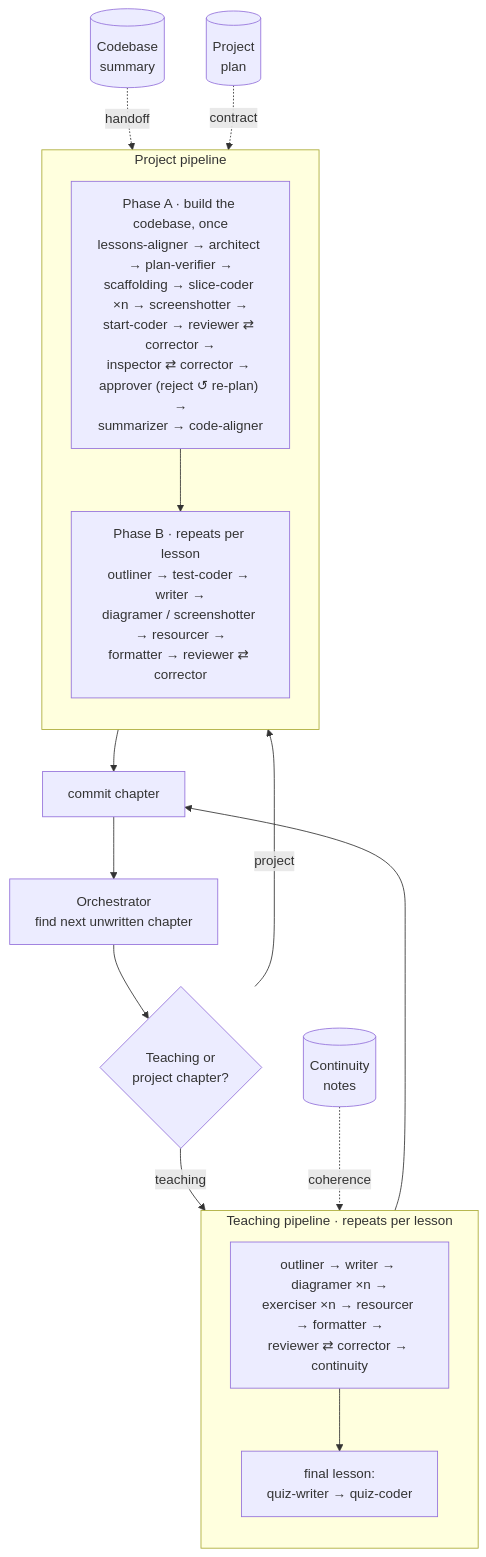
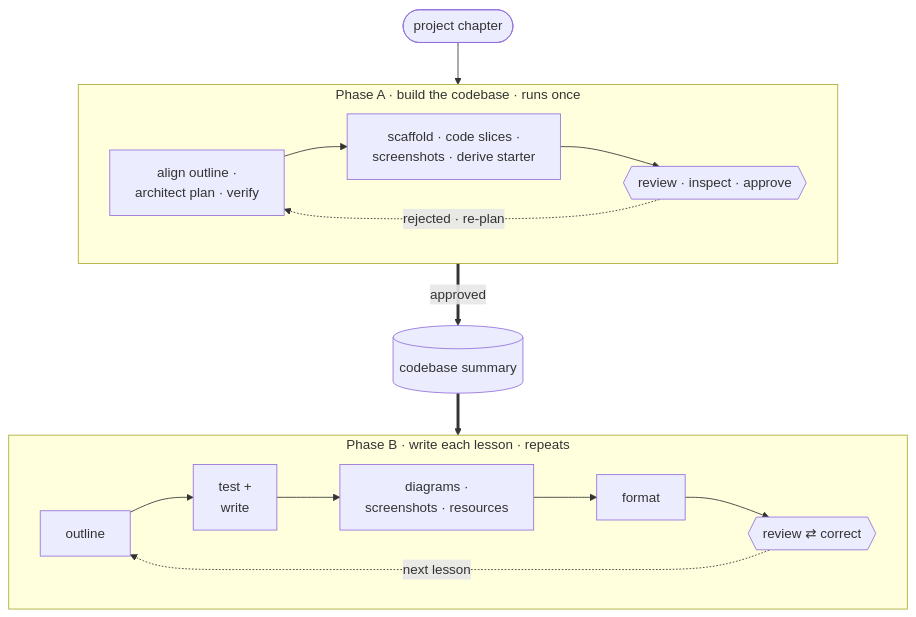
The second of 2 diagrams in README.md (terencicp/react-saas-course), drawn with Mermaid before and after one commit. The commit also changed other lines of this file, not shown here.

````diff
--- a/README.md
+++ b/README.md
@@ -52,29 +119,16 @@
 ```mermaid
 flowchart TB
-    O["Orchestrator<br/>find next unwritten chapter"] --> C{"Teaching or<br/>project chapter?"}
-
-    C -->|teaching| T
-    C -->|project| P
-
-    subgraph T["Teaching pipeline · repeats per lesson"]
-        direction TB
-        T1["outliner → writer → diagramer ×n →<br/>exerciser ×n → resourcer → formatter →<br/>reviewer ⇄ corrector → continuity"]
-        TQ["final lesson:<br/>quiz-writer → quiz-coder"]
-        T1 --> TQ
+    Start([project chapter]) --> A
+    subgraph A["Phase A · build the codebase · runs once"]
+        direction LR
+        P["align outline ·<br/>architect plan · verify"] --> Bd["scaffold · code slices ·<br/>screenshots · derive starter"] --> G{{review · inspect · approve}}
+        G -.->|rejected · re-plan| P
     end
-
-    subgraph P["Project pipeline"]
-        direction TB
-        PA["Phase A · build the codebase, once<br/>lessons-aligner → architect → plan-verifier →<br/>scaffolding → slice-coder ×n → screenshotter →<br/>start-coder → reviewer ⇄ corrector →<br/>inspector ⇄ corrector → approver (reject ↺ re-plan) →<br/>summarizer → code-aligner"]
-        PB["Phase B · repeats per lesson<br/>outliner → test-coder → writer →<br/>diagramer / screenshotter → resourcer →<br/>formatter → reviewer ⇄ corrector"]
-        PA --> PB
+    A ==>|approved| S[(codebase summary)]
+    S ==> B
+    subgraph B["Phase B · write each lesson · repeats"]
+        direction LR
+        LO[outline] --> LW["test +<br/>write"] --> LE["diagrams ·<br/>screenshots · resources"] --> LF[format] --> LRev{{review ⇄ correct}}
+        LRev -.->|next lesson| LO
     end
-
-    T --> K["commit chapter"]
-    P --> K
-    K --> O
-
-    CN[("Continuity<br/>notes")] -.coherence.-> T
-    PLAN[("Project<br/>plan")] -.contract.-> P
-    SUM[("Codebase<br/>summary")] -.handoff.-> PB
 ```
````
